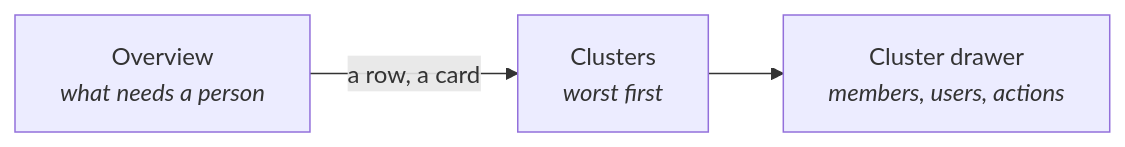
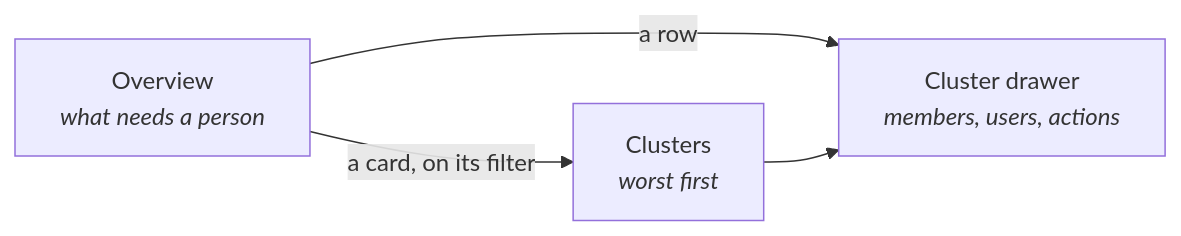
The first of 2 diagrams in docs/mongodb.md (DiegoBulhoes/freelens-addons), drawn with Mermaid before and after one commit. The commit also changed other lines of this file and 116 other files, not shown here.

````diff
--- a/docs/mongodb.md
+++ b/docs/mongodb.md
@@ -23,9 +23,10 @@
 ```mermaid
 flowchart LR
   O["Overview<br/><i>what needs a person</i>"]
   R["Clusters<br/><i>worst first</i>"]
   D["Cluster drawer<br/><i>members, users, actions</i>"]
 
-  O -->|a row, a card| R
+  O -->|a card, on its filter| R
+  O -->|a row| D
   R --> D
 ```
````
